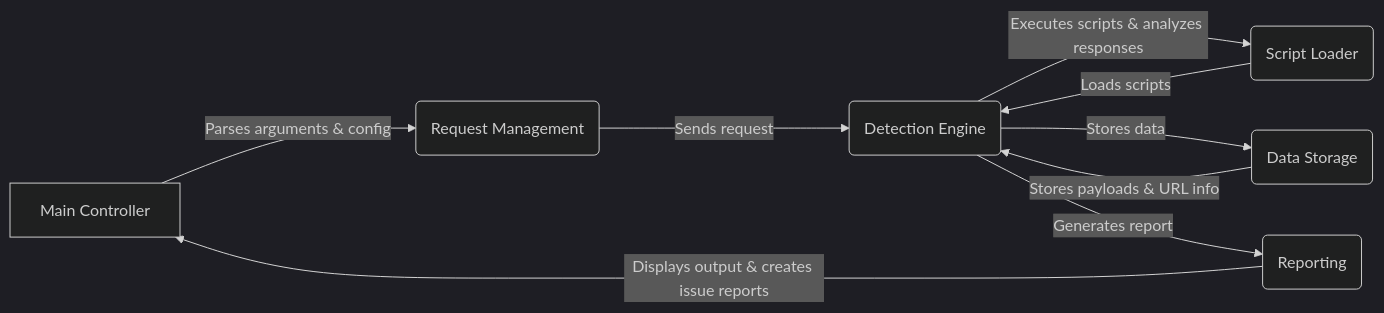
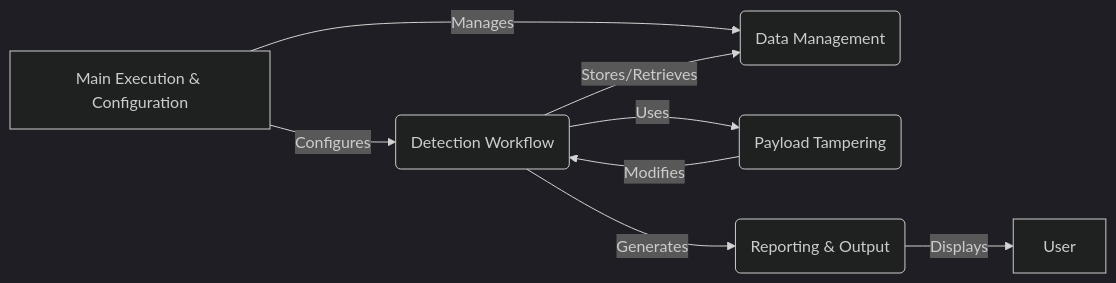
Before and after one commit to CodeBoarding/GeneratedOnBoardings: the diagram in WhatWaf/on_boarding.md, drawn with Mermaid (dark theme). The commit also changed other lines of this file and 11 other files, not shown here.

````diff
--- a/WhatWaf/on_boarding.md
+++ b/WhatWaf/on_boarding.md
@@ -5,11 +5,10 @@
 ```mermaid
 graph LR
-    A[Main Controller] -- Parses arguments & config --> B(Request Management)
-    B -- Sends request --> C(Detection Engine)
-    C -- Executes scripts & analyzes responses --> D(Script Loader)
-    D -- Loads scripts --> C
-    C -- Stores data --> E(Data Storage)
-    E -- Stores payloads & URL info --> C
-    C -- Generates report --> F(Reporting)
-    F -- Displays output & creates issue reports --> A
+    A[Main Execution & Configuration] -- Configures --> B(Detection Workflow)
+    A -- Manages --> C(Data Management)
+    B -- Uses --> D(Payload Tampering)
+    B -- Stores/Retrieves --> C
+    B -- Generates --> E(Reporting & Output)
+    D -- Modifies --> B
+    E -- Displays --> User
 ```
````
